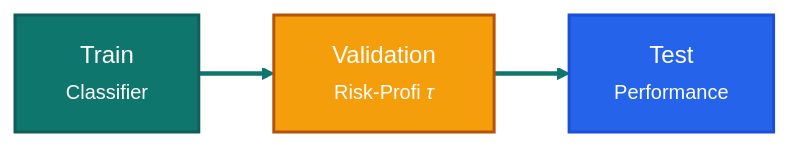
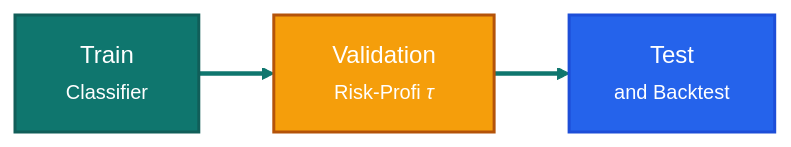
One commit to Pablo-Molla-Charlez/SecondaryModel changed the third of 3 diagrams in README.md. Above: the diagram before and after it, drawn with Mermaid. The commit also changed other lines of this file and 12 other files, not shown here.

````diff
--- a/README.md
+++ b/README.md
@@ -82,11 +81,11 @@
 ```mermaid
 %%{init: {'theme': 'base', 'themeVariables': { 'primaryColor': '#0f766e', 'primaryBorderColor': '#115e59', 'primaryTextColor': '#ffffff', 'secondaryColor': '#f59e0b', 'tertiaryColor': '#dbeafe', 'lineColor': '#0f172a', 'background': '#ffffff'}}}%%
 flowchart LR
     A["&nbsp;&nbsp;&nbsp;Train&nbsp;&nbsp;&nbsp;<br/><small>Classifier</small>"]:::train --> V["&nbsp;&nbsp;Validation&nbsp;&nbsp;<br/><small>Risk-Profi <i>τ</i></small>"]:::val
-    V --> D["&nbsp;&nbsp;&nbsp;&nbsp;&nbsp;Test&nbsp;&nbsp;&nbsp;&nbsp;&nbsp;<br/><small>Performance   </small>"]:::test
+    V --> D["&nbsp;&nbsp;&nbsp;&nbsp;&nbsp;Test&nbsp;&nbsp;&nbsp;&nbsp;&nbsp;<br/><small>and Backtest</small>"]:::test
     
     classDef train fill:#0f766e,stroke:#115e59,color:#ffffff,stroke-width:2px;
     classDef val   fill:#f59e0b,stroke:#b45309,color:#ffffff,stroke-width:2px;
     classDef test  fill:#2563eb,stroke:#1d4ed8,color:#ffffff,stroke-width:2px;
     linkStyle default stroke:#0f766e,stroke-width:3px;
 ```
````
